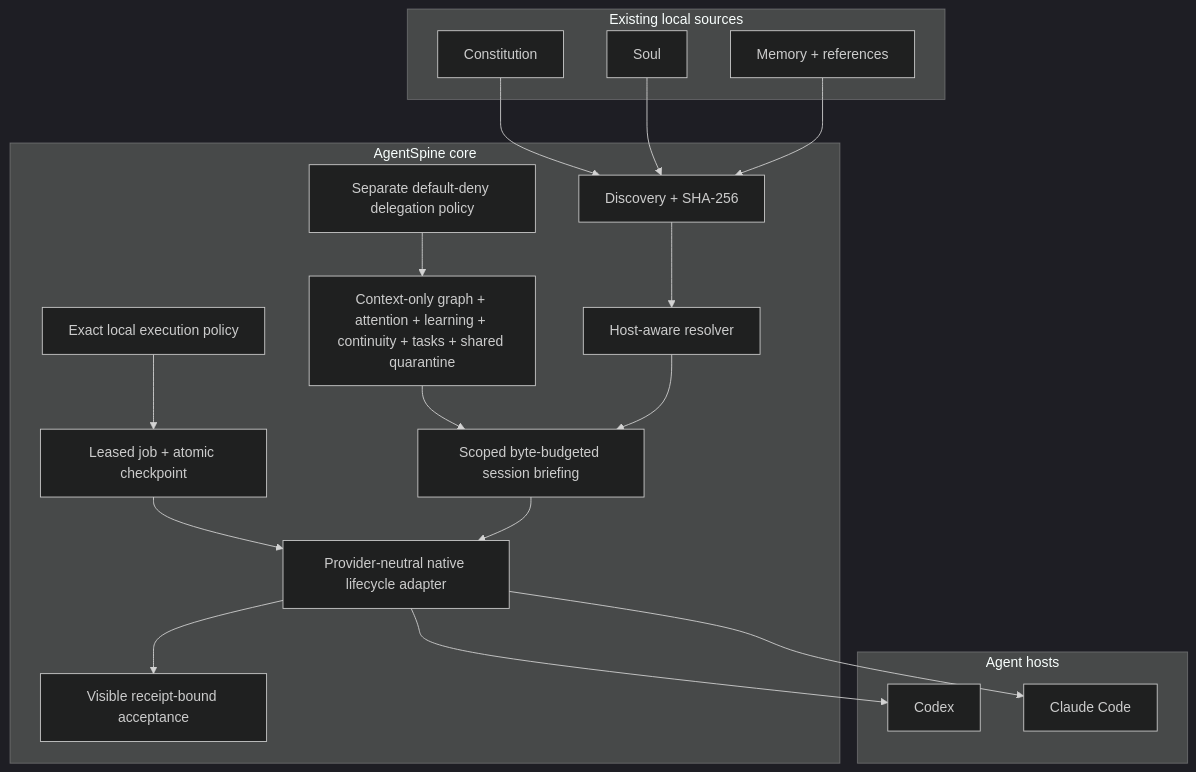
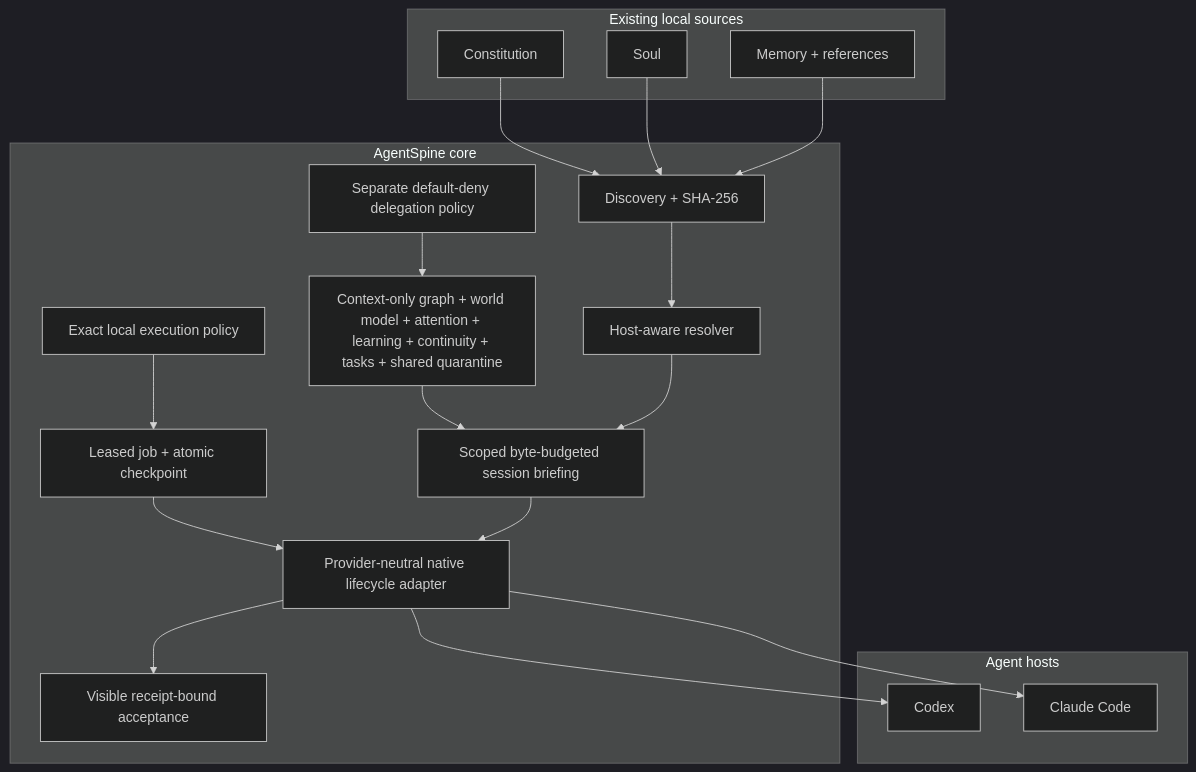
Before and after one commit to Maykbiletti/AgentSpine: the first of 5 diagrams in docs/architecture.md, drawn with Mermaid (dark theme). The commit also changed other lines of this file and 31 other files, not shown here.

Commit message:
feat: add provenance-aware world model

````diff
--- a/docs/architecture.md
+++ b/docs/architecture.md
@@ -7,36 +7,36 @@
 ```mermaid
 flowchart TB
     subgraph Sources["Existing local sources"]
       C["Constitution"]
       S["Soul"]
       M["Memory + references"]
     end
     subgraph Core["AgentSpine core"]
       D["Discovery + SHA-256"]
       R["Host-aware resolver"]
-      G["Context-only graph + attention + learning + continuity + tasks + shared quarantine"]
+      G["Context-only graph + world model + attention + learning + continuity + tasks + shared quarantine"]
       B["Scoped byte-budgeted session briefing"]
       H["Provider-neutral native lifecycle adapter"]
       P["Separate default-deny delegation policy"]
       E["Exact local execution policy"]
       J["Leased job + atomic checkpoint"]
       A["Visible receipt-bound acceptance"]
     end
     subgraph Hosts["Agent hosts"]
       X["Codex"]
       L["Claude Code"]
     end
     C --> D
     S --> D
     M --> D
     D --> R
     G --> B
     P --> G
     E --> J
     J --> H
     R --> B
     B --> H
     H --> A
     H --> X
     H --> L
 ```
````
